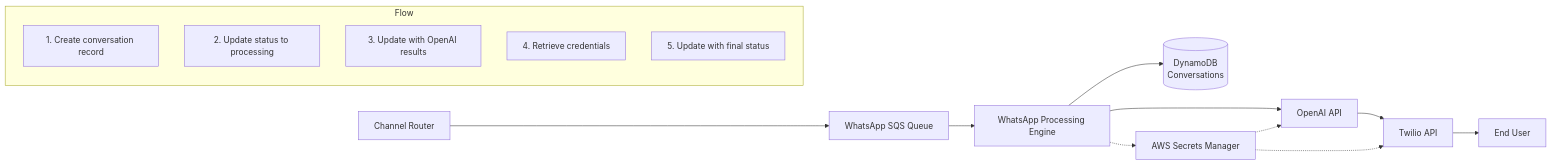
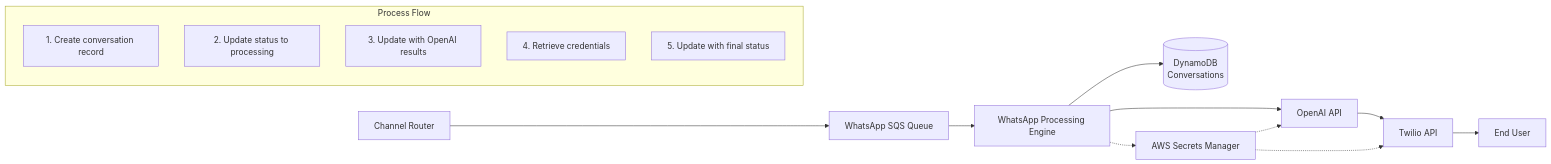
One commit to junksamiad/template-sender-engine changed the first of 15 diagrams in lld/processing-engines/whatsapp/wa-processing-engine-diagrams-v1.0.md. Above: the diagram before and after it, drawn with Mermaid.

Commit message:
Fix flow diagram in WhatsApp Processing Engine - resolves 'Unsupported markdown: list' errors

````diff
--- a/lld/processing-engines/whatsapp/wa-processing-engine-diagrams-v1.0.md
+++ b/lld/processing-engines/whatsapp/wa-processing-engine-diagrams-v1.0.md
@@ -7,21 +7,21 @@
 ```mermaid
 flowchart LR
     CR[Channel Router] --> SQS[WhatsApp SQS Queue]
     SQS --> WPE[WhatsApp Processing Engine]
     WPE --> DDB[(DynamoDB<br>Conversations)]
     WPE --> OAI[OpenAI API]
     OAI --> TWI[Twilio API]
     TWI --> EU[End User]
     WPE -.-> SM[AWS Secrets Manager]
     SM -.-> OAI
     SM -.-> TWI
     
-    subgraph Flow
+    subgraph Flow["Process Flow"]
         direction TB
-        f1["1. Create conversation record"]
-        f2["2. Update status to processing"]
-        f3["3. Update with OpenAI results"]
-        f4["4. Retrieve credentials"]
-        f5["5. Update with final status"]
+        STEP1["1. Create conversation record"]
+        STEP2["2. Update status to processing"]
+        STEP3["3. Update with OpenAI results"]
+        STEP4["4. Retrieve credentials"]
+        STEP5["5. Update with final status"]
     end
 ```
````
